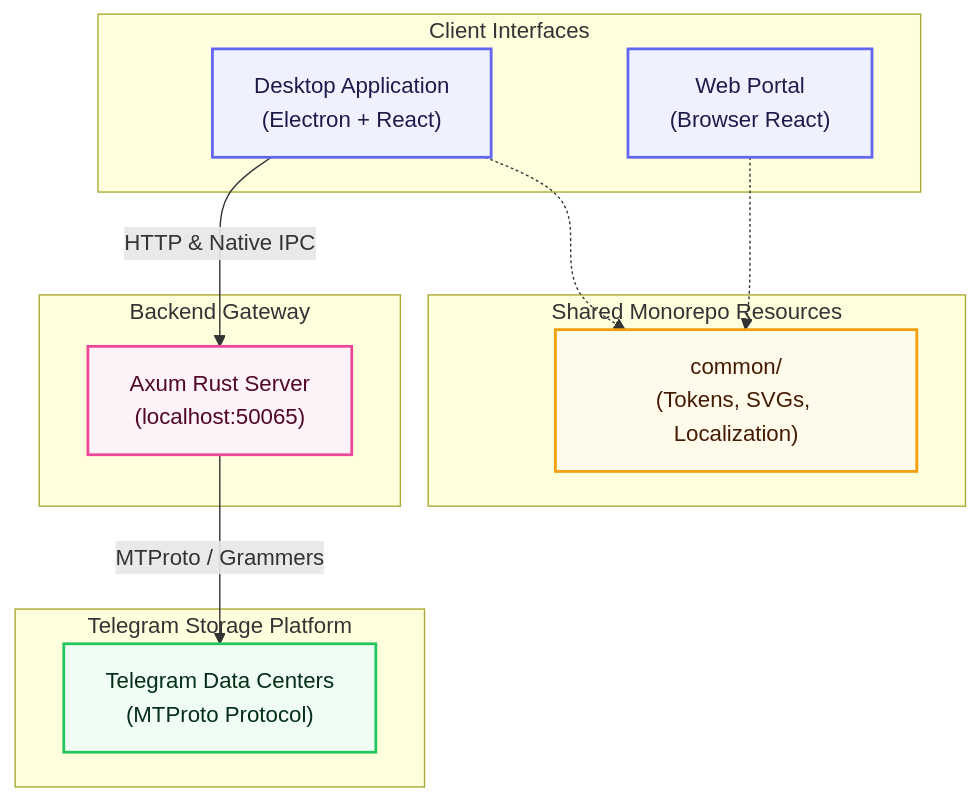
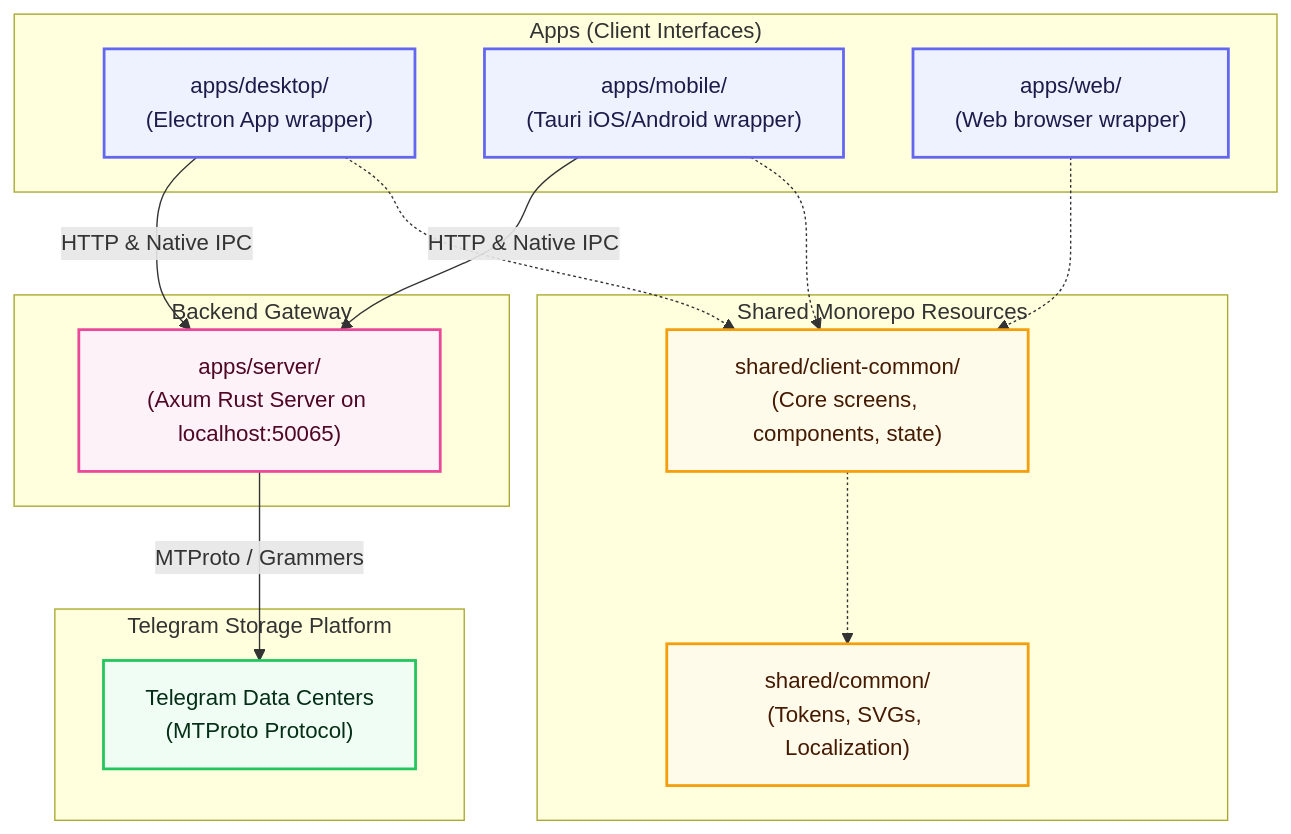
Before and after one commit to Telegramonic/telegramonic: the diagram in README.md, drawn with Mermaid. The commit also changed other lines of this file and 10 other files, not shown here.

````diff
--- a/README.md
+++ b/README.md
@@ -7,30 +7,33 @@
 ```mermaid
 graph TD
     %% Styling
     classDef client fill:#eef2ff,stroke:#6366f1,stroke-width:2px,color:#1e1b4b;
     classDef common fill:#fffbeb,stroke:#f59e0b,stroke-width:2px,color:#451a03;
     classDef server fill:#fdf2f8,stroke:#ec4899,stroke-width:2px,color:#500724;
     classDef telegram fill:#f0fdf4,stroke:#22c55e,stroke-width:2px,color:#052e16;
 
-    subgraph Frontends ["Client Interfaces"]
-        Desktop["Desktop Application<br/>(Electron + React)"]:::client
-        Web["Web Portal<br/>(Browser React)"]:::client
+    subgraph Frontends ["Apps (Client Interfaces)"]
+        Desktop["apps/desktop/<br/>(Electron App wrapper)"]:::client
+        Mobile["apps/mobile/<br/>(Tauri iOS/Android wrapper)"]:::client
+        Web["apps/web/<br/>(Web browser wrapper)"]:::client
     end
 
     subgraph Shared ["Shared Monorepo Resources"]
-        Common["common/<br/>(Tokens, SVGs, Localization)"]:::common
+        Common["shared/common/<br/>(Tokens, SVGs, Localization)"]:::common
+        ClientCommon["shared/client-common/<br/>(Core screens, components, state)"]:::common
     end
 
     subgraph BackendGateway ["Backend Gateway"]
-        Server["Axum Rust Server<br/>(localhost:50065)"]:::server
+        Server["apps/server/<br/>(Axum Rust Server on localhost:50065)"]:::server
     end
 
     subgraph TelegramCloud ["Telegram Storage Platform"]
         TelegramDC["Telegram Data Centers<br/>(MTProto Protocol)"]:::telegram
     end
 
     %% Connections
-    Desktop & Web -.-> Common
-    Desktop -- "HTTP & Native IPC" --> Server
+    Desktop & Mobile & Web -.-> ClientCommon
+    ClientCommon -.-> Common
+    Desktop & Mobile -- "HTTP & Native IPC" --> Server
     Server -- "MTProto / Grammers" --> TelegramDC
 ```
````
